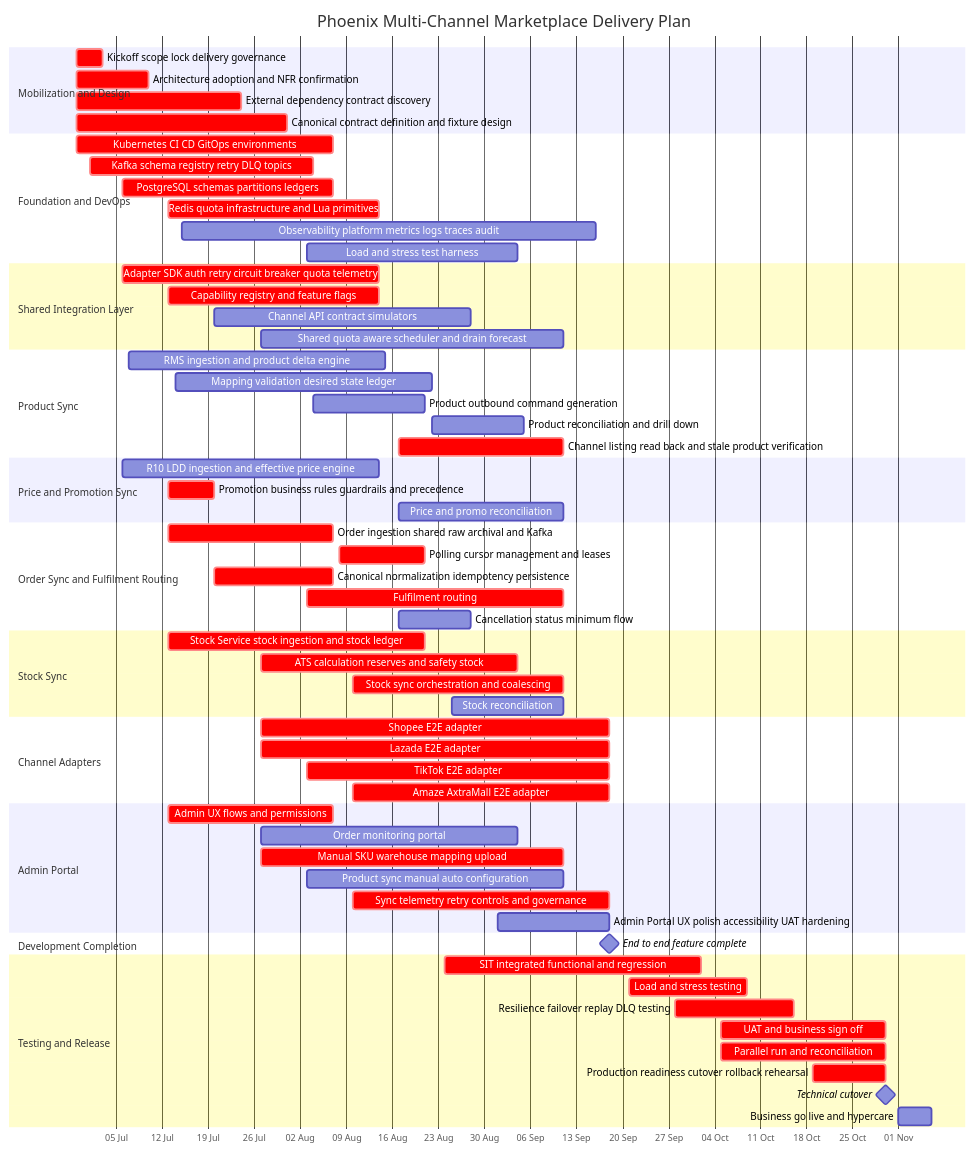
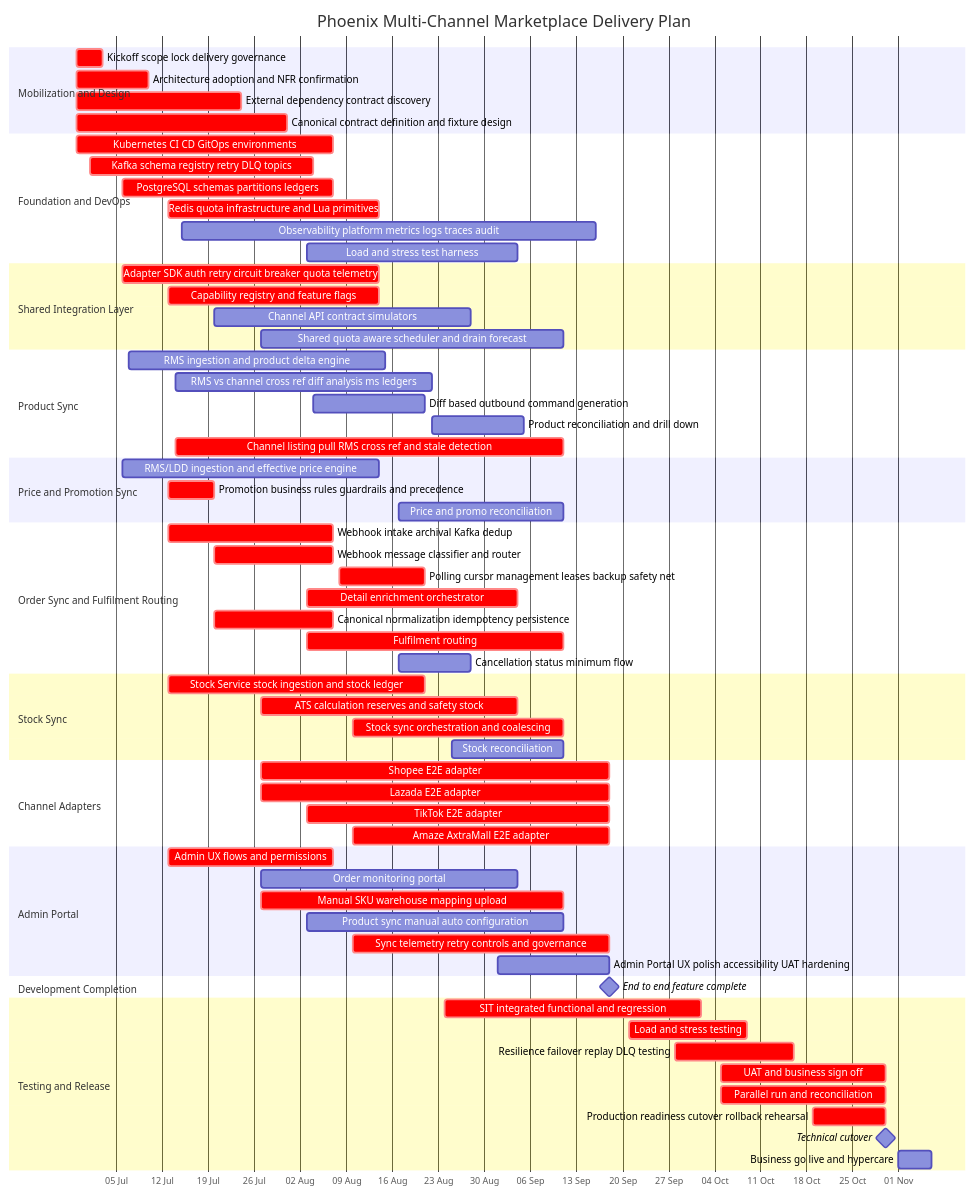
One commit to hermese-team/phoenix-multi-channel-mkp-design changed the diagram in Plan Nov 1 PMC.md. Above: the diagram before and after it, drawn with Mermaid. The commit also changed other lines of this file and 12 other files, not shown here.

````diff
--- a/Plan Nov 1 PMC.md
+++ b/Plan Nov 1 PMC.md
@@ -75,78 +91,80 @@
 ```mermaid
 gantt
     title Phoenix Multi-Channel Marketplace Delivery Plan
     dateFormat  YYYY-MM-DD
     axisFormat  %d %b
 
     section Mobilization and Design
     Kickoff scope lock delivery governance                  :crit, m1, 2026-06-29, 2026-07-03
     Architecture adoption and NFR confirmation              :crit, m2, 2026-06-29, 2026-07-10
     External dependency contract discovery                  :crit, m3, 2026-06-29, 2026-07-24
     Canonical contract definition and fixture design        :crit, m4, 2026-06-29, 2026-07-31
 
     section Foundation and DevOps
     Kubernetes CI CD GitOps environments                    :crit, f1, 2026-06-29, 2026-08-07
     Kafka schema registry retry DLQ topics                  :crit, f2, 2026-07-01, 2026-08-04
     PostgreSQL schemas partitions ledgers                   :crit, f3, 2026-07-06, 2026-08-07
     Redis quota infrastructure and Lua primitives           :crit, f4, 2026-07-13, 2026-08-14
     Observability platform metrics logs traces audit        :f5, 2026-07-15, 2026-09-16
     Load and stress test harness                            :f6, 2026-08-03, 2026-09-04
 
     section Shared Integration Layer
     Adapter SDK auth retry circuit breaker quota telemetry  :crit, s1, 2026-07-06, 2026-08-14
     Capability registry and feature flags                   :crit, s2, 2026-07-13, 2026-08-14
     Channel API contract simulators                         :s3, 2026-07-20, 2026-08-28
     Shared quota aware scheduler and drain forecast         :r3, 2026-07-27, 2026-09-11
 
     section Product Sync
     RMS ingestion and product delta engine                  :p1, 2026-07-07, 2026-08-15
-    Mapping validation desired state ledger                 :p2, 2026-07-14, 2026-08-22
-    Product outbound command generation                     :p3a, 2026-08-04, 2026-08-21
+    RMS vs channel cross ref diff analysis ms ledgers    :p2, 2026-07-14, 2026-08-22
+    Diff based outbound command generation                :p3a, 2026-08-04, 2026-08-21
     Product reconciliation and drill down                   :p3b, 2026-08-22, 2026-09-05
-    Channel listing read back and stale product verification :crit, p4, 2026-08-17, 2026-09-11
+    Channel listing pull RMS cross ref and stale detection :crit, p4, 2026-07-14, 2026-09-11
 
     section Price and Promotion Sync
-    R10 LDD ingestion and effective price engine            :r1, 2026-07-06, 2026-08-14
+    RMS/LDD ingestion and effective price engine            :r1, 2026-07-06, 2026-08-14
     Promotion business rules guardrails and precedence      :crit, r2, 2026-07-13, 2026-07-20
     Price and promo reconciliation                          :r4, 2026-08-17, 2026-09-11
 
     section Order Sync and Fulfilment Routing
-    Order ingestion shared raw archival and Kafka           :crit, o1a, 2026-07-13, 2026-08-07
-    Polling cursor management and leases                    :crit, o1b, 2026-08-08, 2026-08-21
+    Webhook intake archival Kafka dedup                     :crit, o1a, 2026-07-13, 2026-08-07
+    Webhook message classifier and router                   :crit, o1c, 2026-07-20, 2026-08-07
+    Polling cursor management leases backup safety net      :crit, o1b, 2026-08-08, 2026-08-21
+    Detail enrichment orchestrator                          :crit, o1d, 2026-08-03, 2026-09-04
     Canonical normalization idempotency persistence         :crit, o2, 2026-07-20, 2026-08-07
     Fulfilment routing                                      :crit, o3, 2026-08-03, 2026-09-11
     Cancellation status minimum flow                        :o4, 2026-08-17, 2026-08-28
 
     section Stock Sync
     Stock Service stock ingestion and stock ledger          :crit, i1, 2026-07-13, 2026-08-21
     ATS calculation reserves and safety stock               :crit, i2, 2026-07-27, 2026-09-04
     Stock sync orchestration and coalescing                 :crit, i3, 2026-08-10, 2026-09-11
     Stock reconciliation                                    :i4, 2026-08-25, 2026-09-11
 
     section Channel Adapters
     Shopee E2E adapter                                      :crit, c1, 2026-07-27, 2026-09-18
     Lazada E2E adapter                                      :crit, c2, 2026-07-27, 2026-09-18
     TikTok E2E adapter                                      :crit, c3, 2026-08-03, 2026-09-18
     Amaze AxtraMall E2E adapter                             :crit, c4, 2026-08-10, 2026-09-18
 
     section Admin Portal
     Admin UX flows and permissions                          :crit, a1, 2026-07-13, 2026-08-07
     Order monitoring portal                                 :a2, 2026-07-27, 2026-09-04
     Manual SKU warehouse mapping upload                     :crit, a3, 2026-07-27, 2026-09-11
     Product sync manual auto configuration                  :a4, 2026-08-03, 2026-09-11
     Sync telemetry retry controls and governance            :crit, a5, 2026-08-10, 2026-09-18
     Admin Portal UX polish accessibility UAT hardening      :a6, 2026-09-01, 2026-09-18
 
     section Development Completion
     End to end feature complete                             :milestone, devdone, 2026-09-18, 2026-09-18
 
     section Testing and Release
     SIT integrated functional and regression                :crit, t1, 2026-08-24, 2026-10-02
     Load and stress testing                                 :crit, t2, 2026-09-21, 2026-10-09
     Resilience failover replay DLQ testing                  :crit, t3, 2026-09-28, 2026-10-16
     UAT and business sign off                               :crit, t4, 2026-10-05, 2026-10-30
     Parallel run and reconciliation                         :crit, t5, 2026-10-05, 2026-10-30
     Production readiness cutover rollback rehearsal         :crit, t6, 2026-10-19, 2026-10-30
     Technical cutover                                       :milestone, cutover, 2026-10-30, 2026-10-30
     Business go live and hypercare                          :live, 2026-11-01, 2026-11-06
 ```
````
